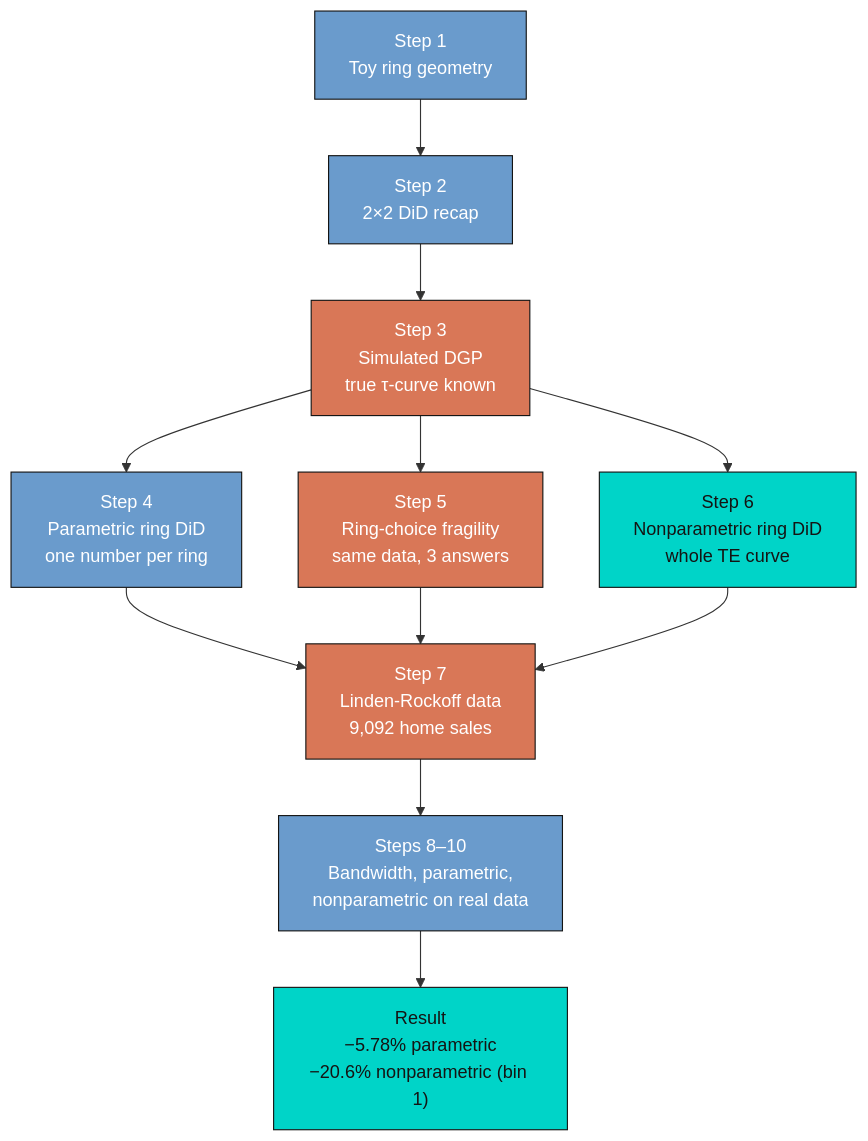
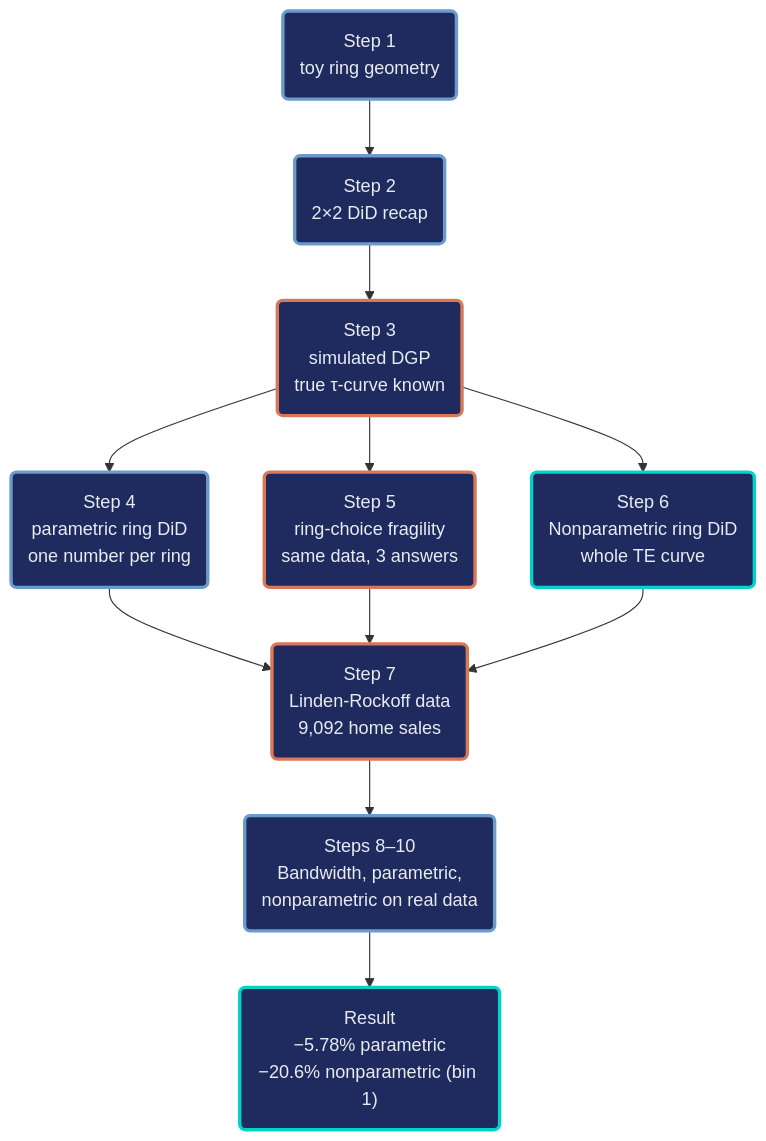
Before and after one commit to cmg777/starter-academic-v501: the diagram in content/post/r_did_ring/tutorial.qmd, drawn with Mermaid. The commit also changed other lines of this file and 42 other files, not shown here.

First line of the commit message:
content(mermaid): restyle Mermaid copies in tutorial sources and the LaLonde slide deck

````diff
--- a/content/post/r_did_ring/tutorial.qmd
+++ b/content/post/r_did_ring/tutorial.qmd
@@ -53,22 +53,19 @@
 ```{mermaid}
 flowchart TD
-  A["Step 1<br/>Toy ring geometry"] --> B["Step 2<br/>2×2 DiD recap"]
-  B --> C["Step 3<br/>Simulated DGP<br/>true τ-curve known"]
-  C --> D["Step 4<br/>Parametric ring DiD<br/>one number per ring"]
-  C --> E["Step 5<br/>Ring-choice fragility<br/>same data, 3 answers"]
-  C --> F["Step 6<br/>Nonparametric ring DiD<br/>whole TE curve"]
-  D --> G["Step 7<br/>Linden-Rockoff data<br/>9,092 home sales"]
+  A("Step 1<br/>toy ring geometry") --> B("Step 2<br/>2×2 DiD recap")
+  B --> C("Step 3<br/>simulated DGP<br/>true τ-curve known")
+  C --> D("Step 4<br/>parametric ring DiD<br/>one number per ring")
+  C --> E("Step 5<br/>ring-choice fragility<br/>same data, 3 answers")
+  C --> F("Step 6<br/>Nonparametric ring DiD<br/>whole TE curve")
+  D --> G("Step 7<br/>Linden-Rockoff data<br/>9,092 home sales")
   E --> G
   F --> G
-  G --> H["Steps 8–10<br/>Bandwidth, parametric,<br/>nonparametric on real data"]
-  H --> I["Result<br/>−5.78% parametric<br/>−20.6% nonparametric (bin 1)"]
-  style A fill:#6a9bcc,stroke:#141413,color:#fff
-  style B fill:#6a9bcc,stroke:#141413,color:#fff
-  style C fill:#d97757,stroke:#141413,color:#fff
-  style D fill:#6a9bcc,stroke:#141413,color:#fff
-  style E fill:#d97757,stroke:#141413,color:#fff
-  style F fill:#00d4c8,stroke:#141413,color:#141413
-  style G fill:#d97757,stroke:#141413,color:#fff
-  style H fill:#6a9bcc,stroke:#141413,color:#fff
-  style I fill:#00d4c8,stroke:#141413,color:#141413
+  G --> H("Steps 8–10<br/>Bandwidth, parametric,<br/>nonparametric on real data")
+  H --> I("Result<br/>−5.78% parametric<br/>−20.6% nonparametric (bin 1)")
+    classDef blue fill:#1f2b5e,stroke:#6a9bcc,stroke-width:3px,color:#e8ecf2
+    classDef orange fill:#1f2b5e,stroke:#d97757,stroke-width:3px,color:#e8ecf2
+    classDef teal fill:#1f2b5e,stroke:#00d4c8,stroke-width:3px,color:#e8ecf2
+    class A,B,D,H blue
+    class C,E,G orange
+    class F,I teal
 ```
````
